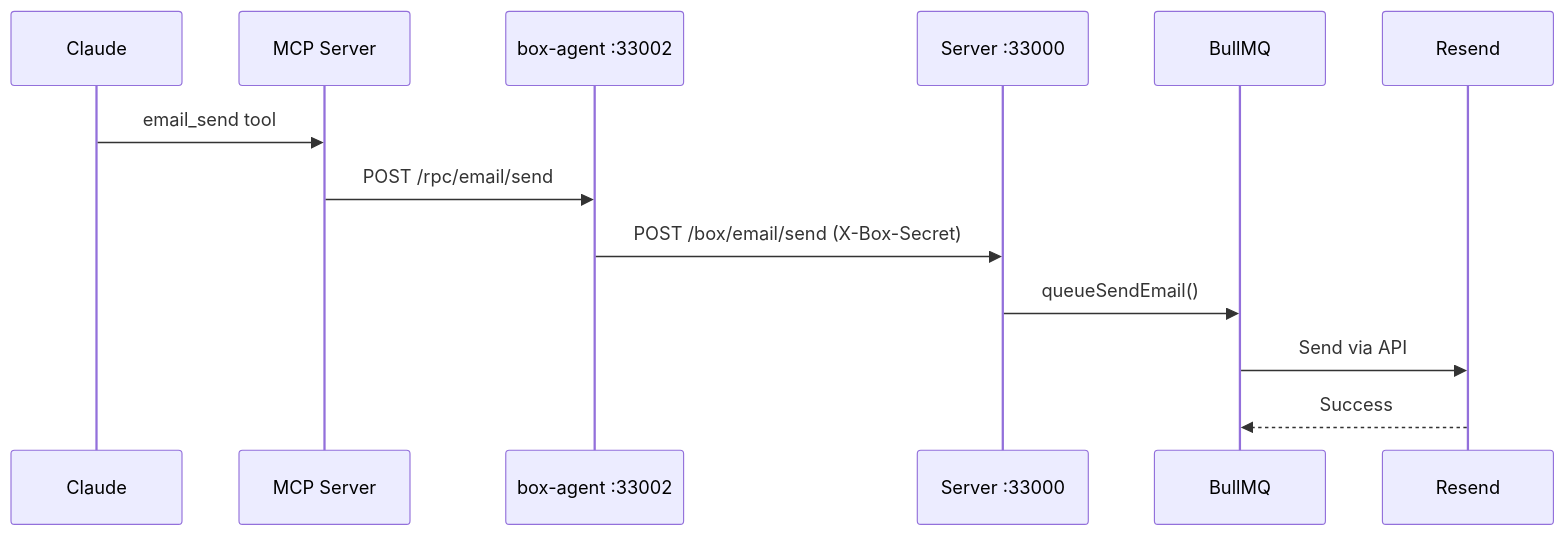
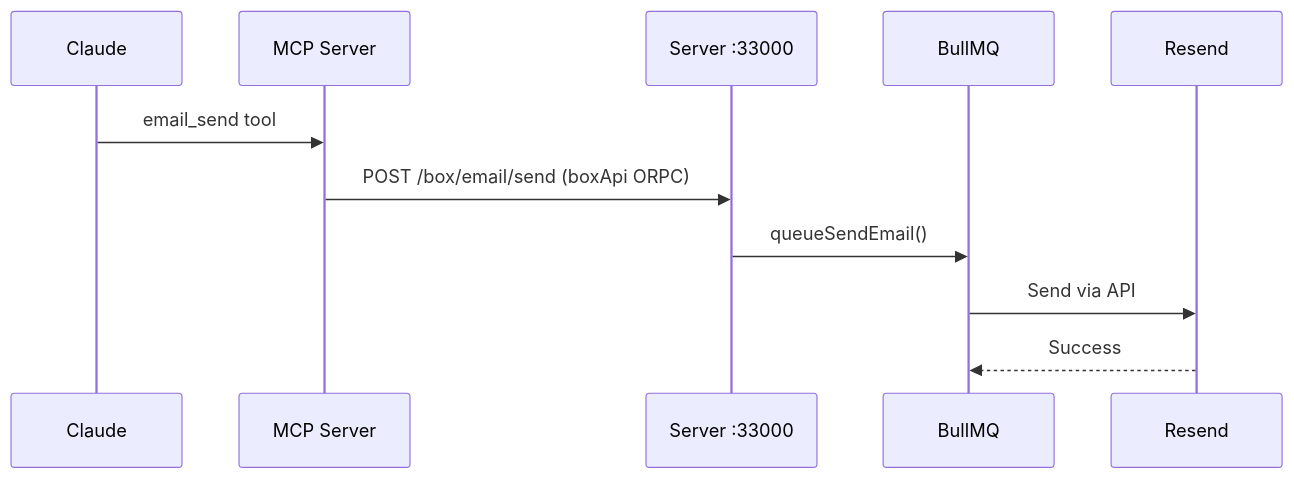
One commit to grmkris/claude-vps changed the fourth of 6 diagrams in README.md. Above: the diagram before and after it, drawn with Mermaid. The commit also changed 6 other files, not shown here.

First line of the commit message:
Update documentation and refactor email handling in box-agent

````diff
--- a/README.md
+++ b/README.md
@@ -119,16 +119,14 @@
 ```mermaid
 sequenceDiagram
     participant Claude
     participant MCP as MCP Server
-    participant Agent as box-agent :33002
     participant Server as Server :33000
     participant Queue as BullMQ
     participant Resend
 
     Claude->>MCP: email_send tool
-    MCP->>Agent: POST /rpc/email/send
-    Agent->>Server: POST /box/email/send (X-Box-Secret)
+    MCP->>Server: POST /box/email/send (boxApi ORPC)
     Server->>Queue: queueSendEmail()
     Queue->>Resend: Send via API
     Resend-->>Queue: Success
 ```
````
